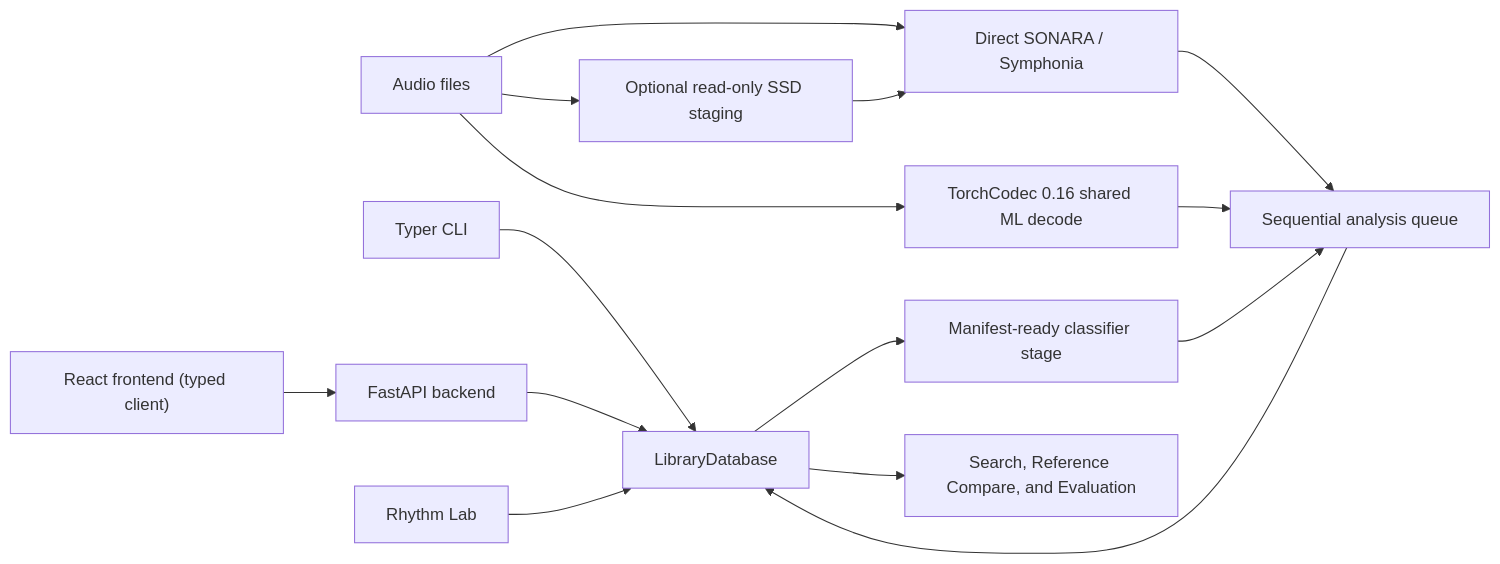
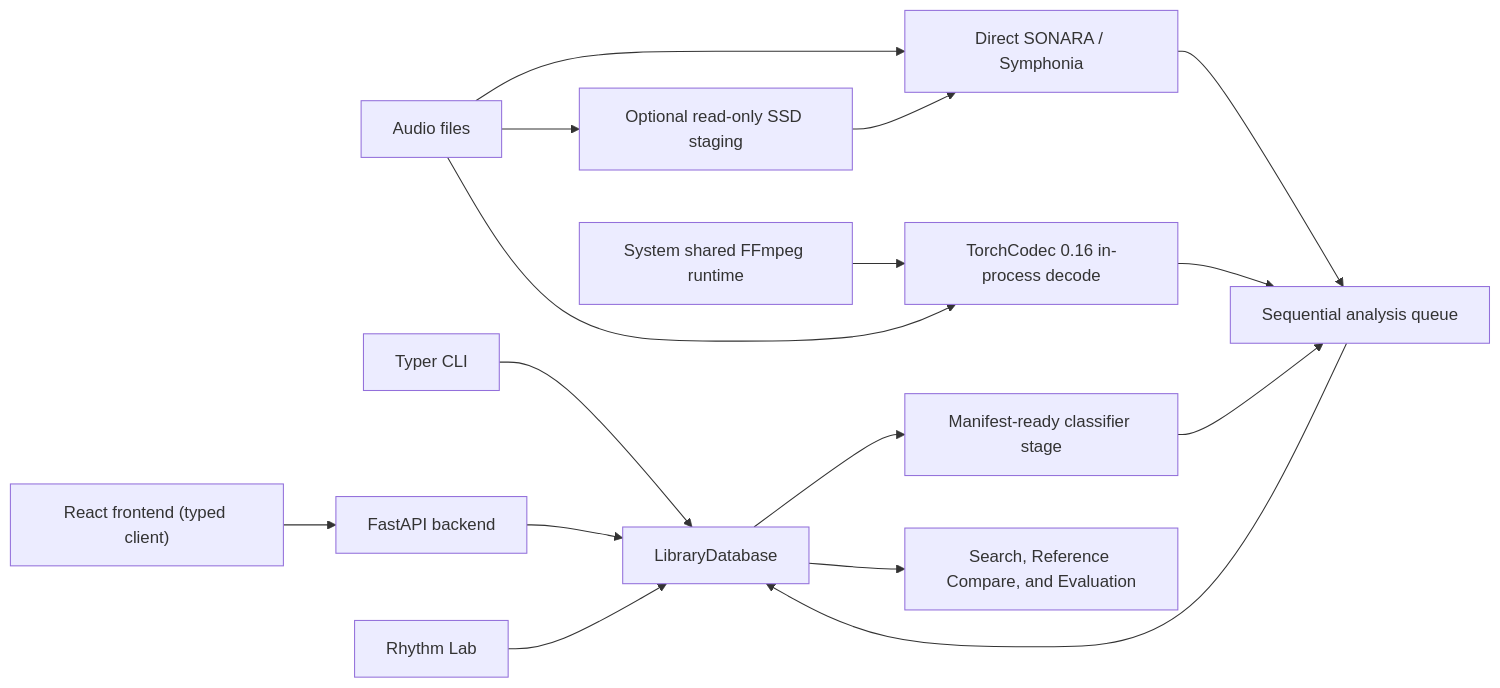
Before and after one commit to MeteorBurn/dj-track-similarity: the diagram in docs/dj-track-similarity/developer/architecture.md, drawn with Mermaid. The commit also changed other lines of this file and 36 other files, not shown here.

Commit message:
feat: use shared FFmpeg runtime directly

````diff
--- a/docs/dj-track-similarity/developer/architecture.md
+++ b/docs/dj-track-similarity/developer/architecture.md
@@ -9,17 +9,18 @@
 ```mermaid
 flowchart LR
     CLI[Typer CLI] --> DB[LibraryDatabase]
     API[FastAPI backend] --> DB
     UI["React frontend (typed client)"] --> API
     Audio[Audio files] --> Sonara[Direct SONARA / Symphonia]
     Audio --> Stage[Optional read-only SSD staging]
     Stage --> Sonara
-    Audio --> TorchCodec[TorchCodec 0.16 shared ML decode]
+    SharedFFmpeg["System shared FFmpeg runtime"] --> TorchCodec[TorchCodec 0.16 in-process decode]
+    Audio --> TorchCodec
     Sonara --> Queue[Sequential analysis queue]
     TorchCodec --> Queue
     Queue --> DB
     DB --> Classifiers[Manifest-ready classifier stage]
     Classifiers --> Queue
     DB --> Search[Search, Reference Compare, and Evaluation]
     Lab[Rhythm Lab] --> DB
 ```
````
